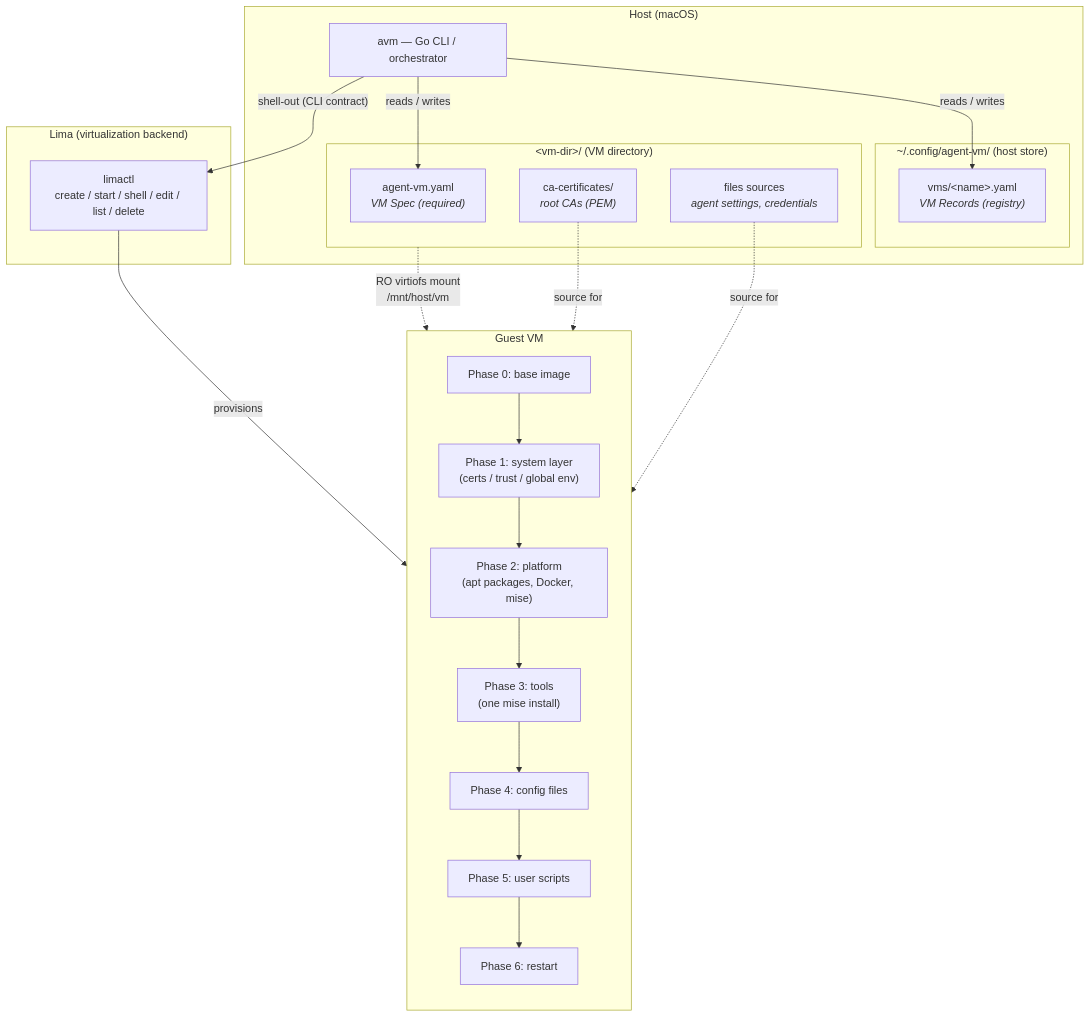
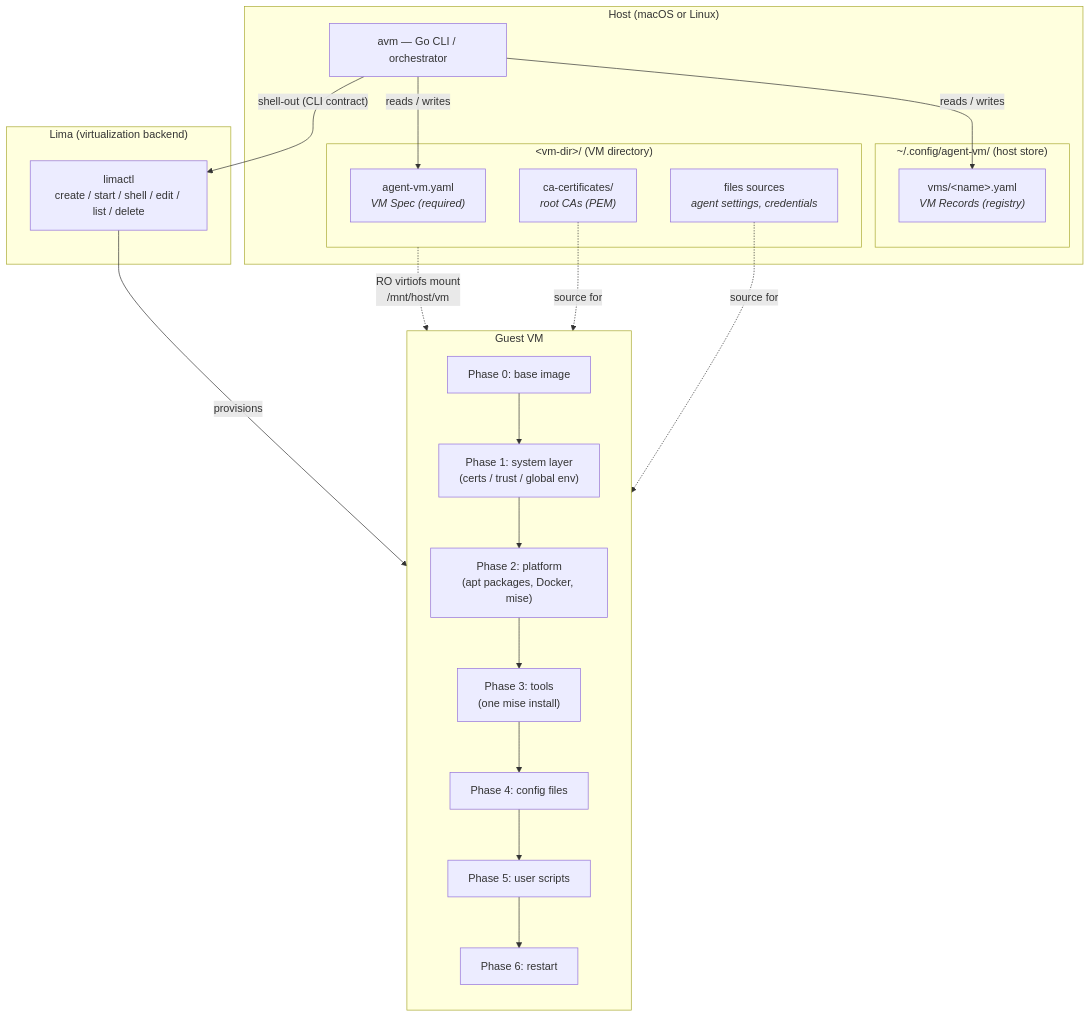
One commit to MikD1/agent-vm changed the first of 5 diagrams in docs/architecture.md. Above: the diagram before and after it, drawn with Mermaid. The commit also changed other lines of this file and 1 other file, not shown here.

Commit message:
docs(architecture): document Linux host support

````diff
--- a/docs/architecture.md
+++ b/docs/architecture.md
@@ -17,38 +17,38 @@
 ```mermaid
 graph TB
-    subgraph Host["Host (macOS)"]
+    subgraph Host["Host (macOS or Linux)"]
         cli["avm — Go CLI / orchestrator"]
         subgraph Store["~/.config/agent-vm/ (host store)"]
             registry["vms/&lt;name&gt;.yaml<br/><i>VM Records (registry)</i>"]
         end
         subgraph VMDir["&lt;vm-dir&gt;/ (VM directory)"]
             spec["agent-vm.yaml<br/><i>VM Spec (required)</i>"]
             ca["ca-certificates/<br/><i>root CAs (PEM)</i>"]
             cfgfiles["files sources<br/><i>agent settings, credentials</i>"]
         end
     end
 
     subgraph Lima["Lima (virtualization backend)"]
         limactl["limactl<br/>create / start / shell / edit / list / delete"]
     end
 
     subgraph Guest["Guest VM"]
         direction TB
         p0["Phase 0: base image"]
         p1["Phase 1: system layer<br/>(certs / trust / global env)"]
         p2["Phase 2: platform<br/>(apt packages, Docker, mise)"]
         p3["Phase 3: tools<br/>(one mise install)"]
         p4["Phase 4: config files"]
         p5["Phase 5: user scripts"]
         p6["Phase 6: restart"]
         p0 --> p1 --> p2 --> p3 --> p4 --> p5 --> p6
     end
 
     cli -- "reads / writes" --> registry
     cli -- "reads / writes" --> spec
     cli -- "shell-out (CLI contract)" --> limactl
     limactl -- "provisions" --> Guest
     VMDir -. "RO virtiofs mount<br/>/mnt/host/vm" .-> Guest
     ca -. "source for" .-> p1
     cfgfiles -. "source for" .-> p4
 ```
````
